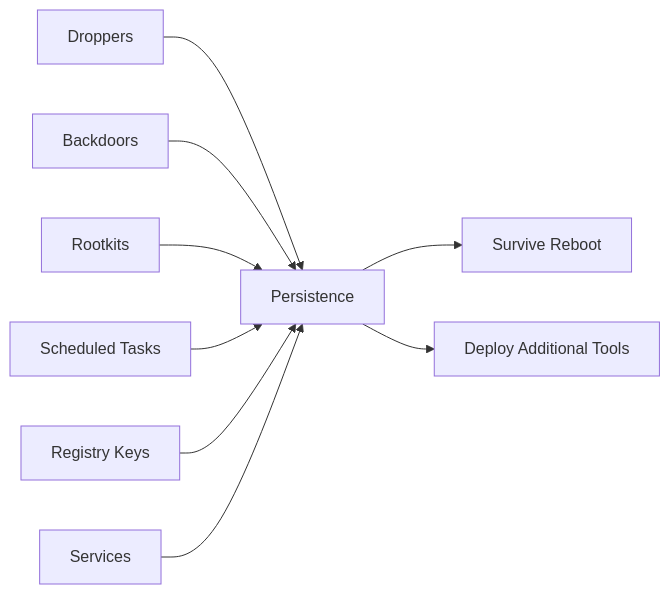
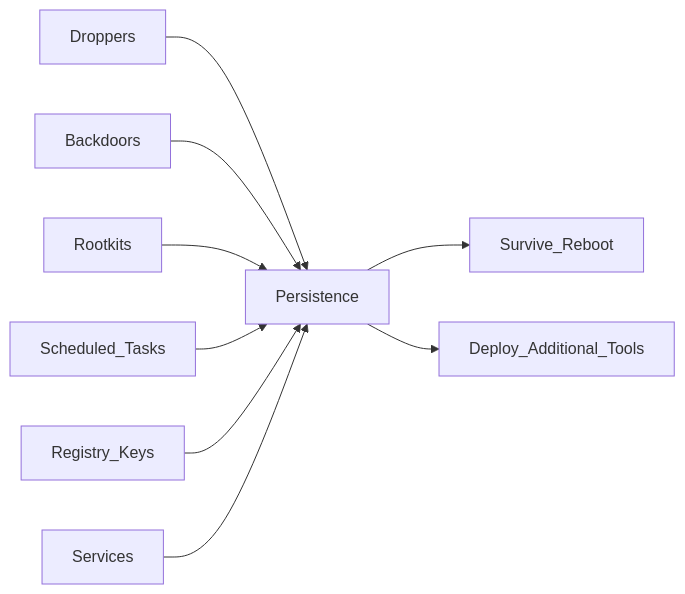
One commit to manojxshrestha/SOC-Analyst-Cheatsheet changed the seventh of 28 diagrams in 1-Incident-Handling-Process/README.md. Above: the diagram before and after it, drawn with Mermaid. The commit also changed other lines of this file, not shown here.

````diff
--- a/1-Incident-Handling-Process/README.md
+++ b/1-Incident-Handling-Process/README.md
@@ -251,12 +230,12 @@
 ```mermaid
-graph LR
-    I1[Droppers] --> P[Persistence]
-    I2[Backdoors] --> P
-    I3[Rootkits] --> P
-    I4[Scheduled Tasks] --> P
-    I5[Registry Keys] --> P
-    I6[Services] --> P
+flowchart LR
+    Droppers --> Persistence
+    Backdoors --> Persistence
+    Rootkits --> Persistence
+    Scheduled_Tasks --> Persistence
+    Registry_Keys --> Persistence
+    Services --> Persistence
     
-    P --> P1[Survive Reboot]
-    P --> P2[Deploy Additional Tools]
+    Persistence --> Survive_Reboot
+    Persistence --> Deploy_Additional_Tools
 ```
````
